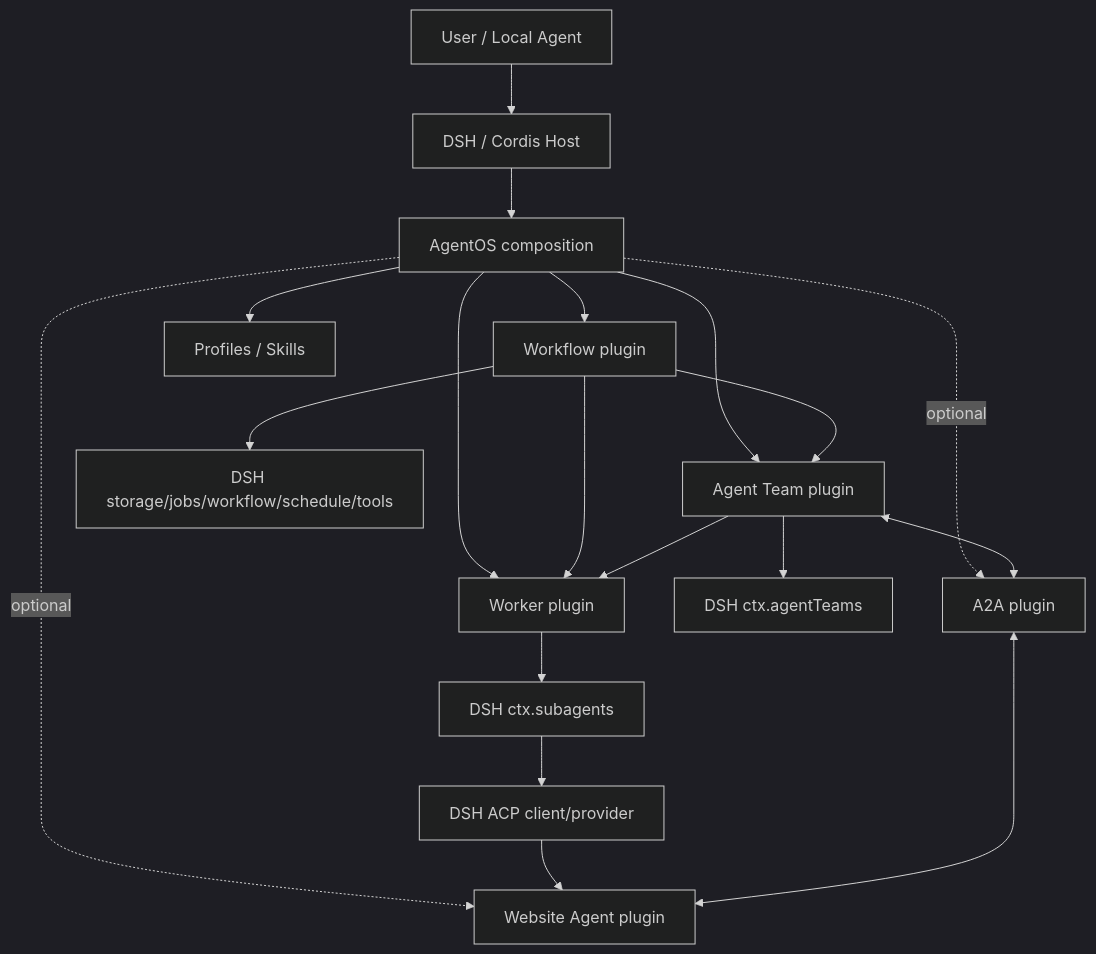
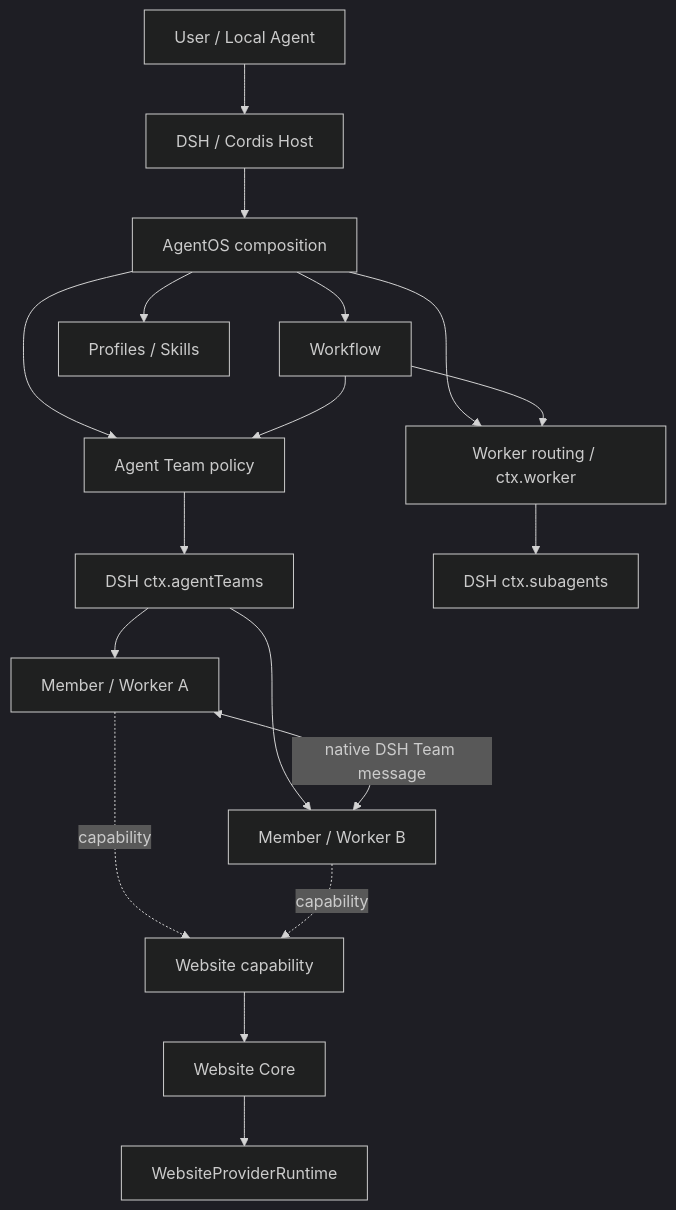
Before and after one commit to tsuuanmi/AgentOS: the first of 2 diagrams in docs/architecture/plugins/agentos/README.md, drawn with Mermaid (dark theme). The commit also changed other lines of this file and 41 other files, not shown here.

First line of the commit message:
docs: consolidate Worker-first MVP architecture

```diff
--- a/docs/architecture/plugins/agentos/README.md
+++ b/docs/architecture/plugins/agentos/README.md
@@ -13,38 +13,36 @@
 ~~~mermaid
 flowchart TB
     User[User / Local Agent]
     Host[DSH / Cordis Host]
     AO[AgentOS composition]
 
-    WF[Workflow plugin]
-    Team[Agent Team plugin]
-    Worker[Worker plugin]
-    Website[Website Agent plugin]
-    A2A[A2A plugin]
+    WF[Workflow]
+    Team[Agent Team policy]
+    Router[Worker routing / ctx.worker]
     Profiles[Profiles / Skills]
 
     DSHAT[DSH ctx.agentTeams]
     Sub[DSH ctx.subagents]
-    ACPClient[DSH ACP client/provider]
-    Runtime[DSH storage/jobs/workflow/schedule/tools]
+    Web[Website capability]
+    Core[Website Core]
+    Runtime[WebsiteProviderRuntime]
 
     User --> Host --> AO
-
     AO --> WF
     AO --> Team
-    AO --> Worker
-    AO -. optional .-> Website
-    AO -. optional .-> A2A
+    AO --> Router
     AO --> Profiles
 
     WF --> Team
-    WF --> Worker
-    Team --> Worker
+    WF --> Router
     Team --> DSHAT
-    Worker --> Sub
-    Sub --> ACPClient
-    ACPClient --> Website
-    Team <--> A2A
-    A2A <--> Website
-    WF --> Runtime
+    Router --> Sub
+
+    DSHAT --> M1[Member / Worker A]
+    DSHAT --> M2[Member / Worker B]
+    M1 <-->|native DSH Team message| M2
+
+    M1 -. capability .-> Web
+    M2 -. capability .-> Web
+    Web --> Core --> Runtime
 ~~~
```
